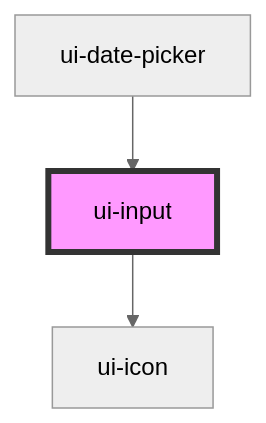
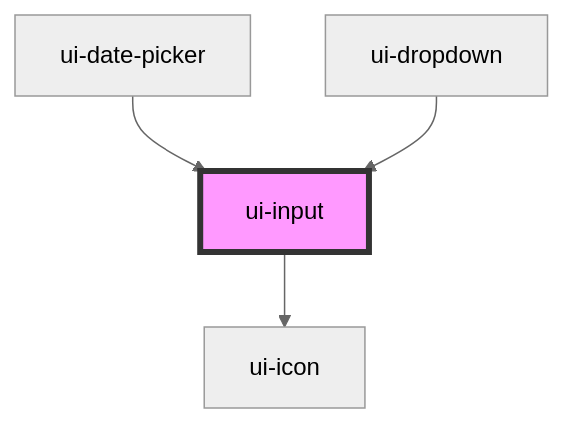
One commit to karan-technous/web-componenets-custome-lib changed the diagram in ui-platform/packages/web-components/src/components/ui-input/readme.md. Above: the diagram before and after it, drawn with Mermaid (neutral theme). The commit also changed other lines of this file and 38 other files, not shown here.

````diff
--- a/ui-platform/packages/web-components/src/components/ui-input/readme.md
+++ b/ui-platform/packages/web-components/src/components/ui-input/readme.md
@@ -42,6 +43,7 @@
 ```mermaid
 graph TD;
   ui-input --> ui-icon
   ui-date-picker --> ui-input
+  ui-dropdown --> ui-input
   style ui-input fill:#f9f,stroke:#333,stroke-width:4px
 ```
````
